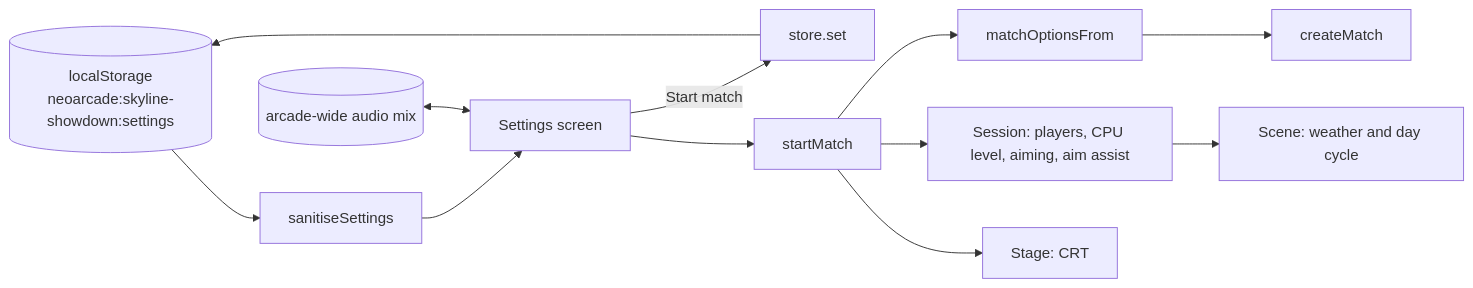
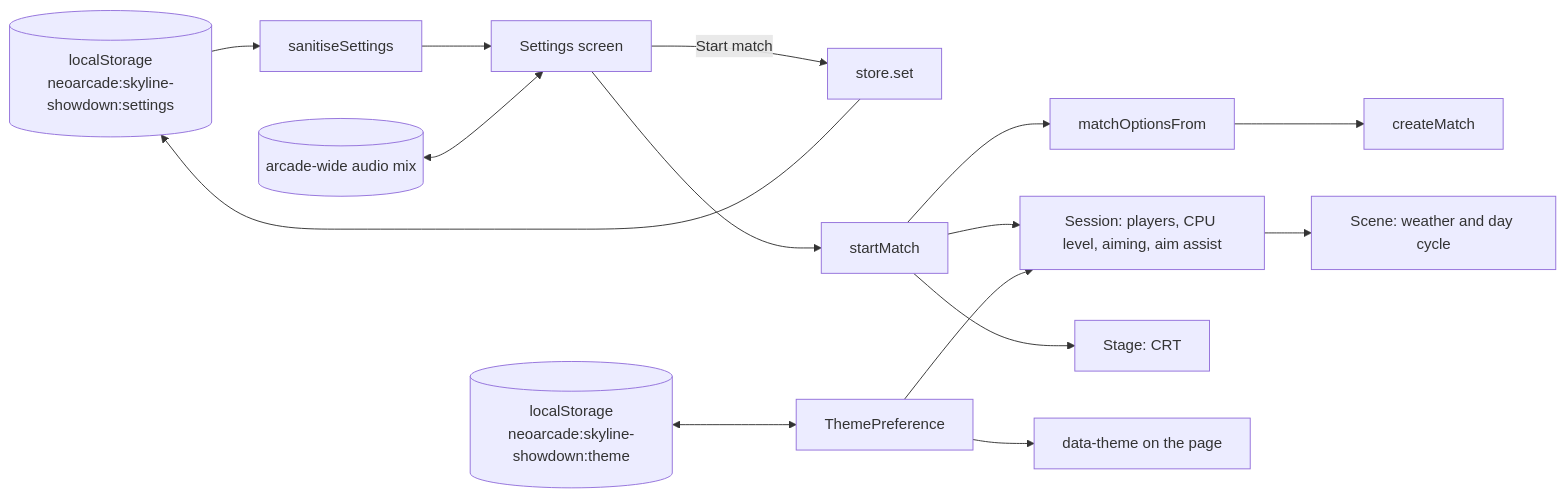
One commit to agunawijaya/NeoArcade changed the fourth of 4 diagrams in ports/skyline-showdown/docs/ARCHITECTURE.md. Above: the diagram before and after it, drawn with Mermaid. The commit also changed other lines of this file and 22 other files, not shown here.

First line of the commit message:
Add a light theme to Skyline Showdown

````diff
--- a/ports/skyline-showdown/docs/ARCHITECTURE.md
+++ b/ports/skyline-showdown/docs/ARCHITECTURE.md
@@ -259,12 +270,15 @@
 ```mermaid
 flowchart LR
   storage[("localStorage<br/>neoarcade:skyline-showdown:settings")] --> sanitise[sanitiseSettings]
   sanitise --> screen[Settings screen]
   screen -->|Start match| save[store.set] --> storage
   screen --> start[startMatch]
   start --> options[matchOptionsFrom] --> engine[createMatch]
   start --> session[Session: players, CPU level, aiming, aim assist]
   start --> stage[Stage: CRT]
+  theme[("localStorage<br/>neoarcade:skyline-showdown:theme")] <--> prefs[ThemePreference]
+  prefs --> page[data-theme on the page]
+  prefs --> session
   session --> scene[Scene: weather and day cycle]
   mix[("arcade-wide audio mix")] <--> screen
 ```
````
